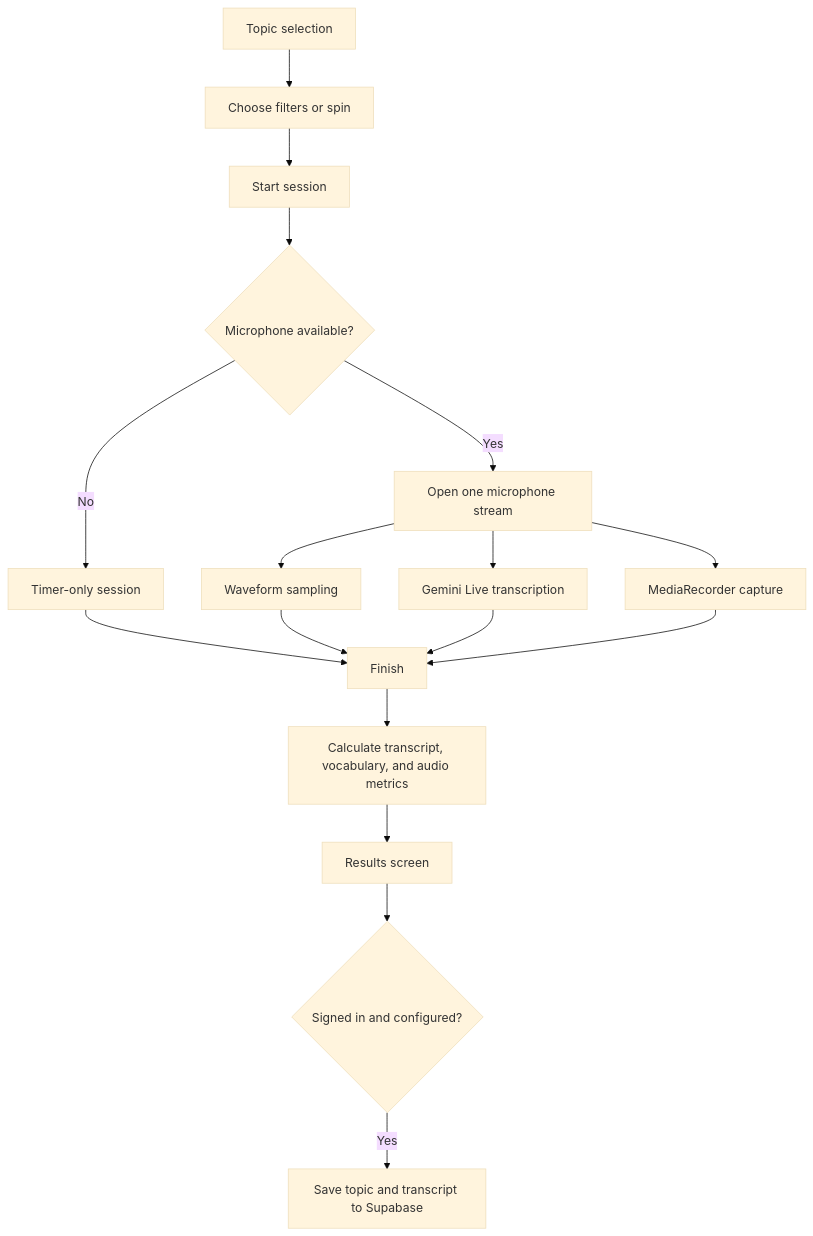
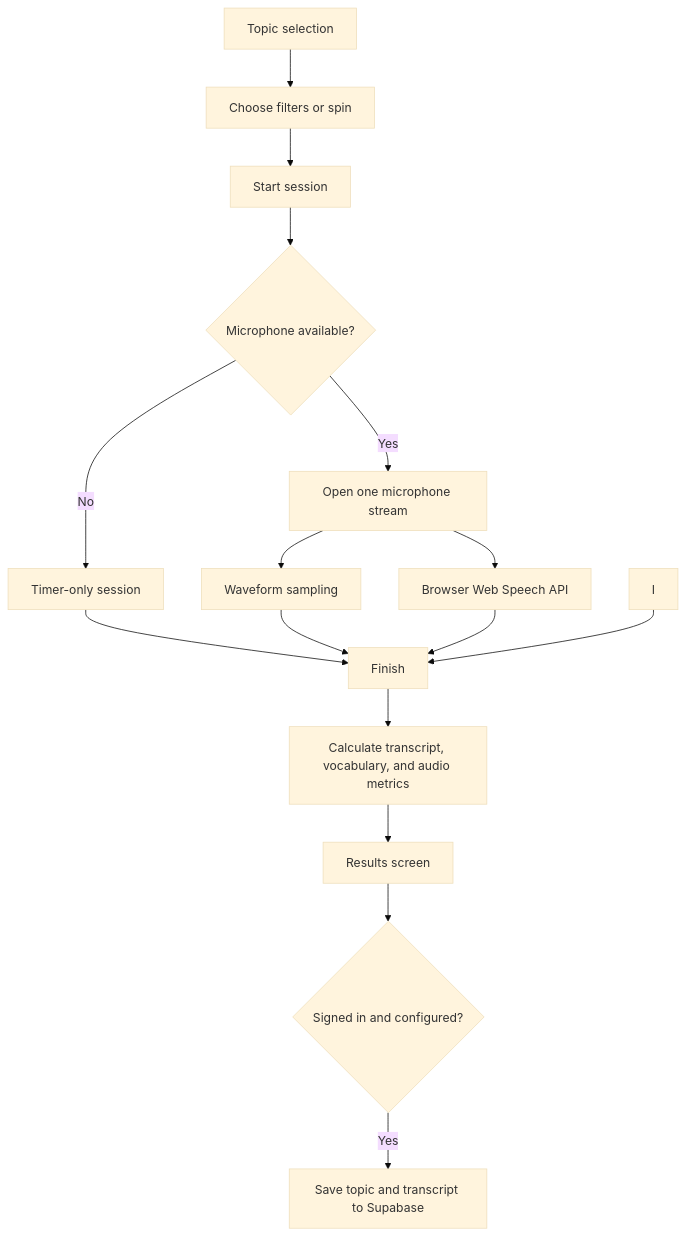
One commit to pkpkp-pk/vocab changed the diagram in PROJECT_GUIDE.md. Above: the diagram before and after it, drawn with Mermaid (base theme). The commit also changed other lines of this file and 17 other files, not shown here.

````diff
--- a/PROJECT_GUIDE.md
+++ b/PROJECT_GUIDE.md
@@ -76,19 +76,18 @@
 ```mermaid
 flowchart TD
     A[Topic selection] --> B[Choose filters or spin]
     B --> C[Start session]
     C --> D{Microphone available?}
     D -- Yes --> E[Open one microphone stream]
     D -- No --> F[Timer-only session]
     E --> G[Waveform sampling]
-    E --> H[Gemini Live transcription]
-    E --> I[MediaRecorder capture]
+    E --> H[Browser Web Speech API]
     F --> J[Finish]
     G --> J
     H --> J
     I --> J
     J --> K[Calculate transcript, vocabulary, and audio metrics]
     K --> L[Results screen]
     L --> M{Signed in and configured?}
     M -- Yes --> N[Save topic and transcript to Supabase]
 ```
````
